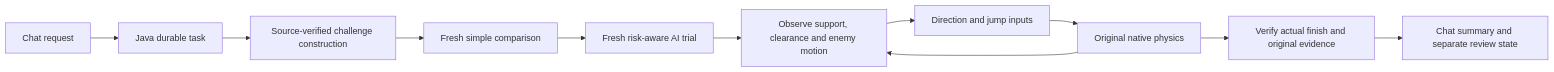
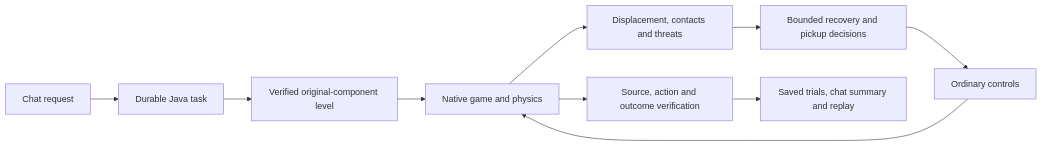
The diagram in README.md (eyeoverthink/Fraynix-Agent-Workspace), drawn with Mermaid before and after one commit. The commit also changed other lines of this file and 846 other files, not shown here.

Commit message:
Document edition 119 contact recovery, bounded pickup reconsideration and retained verification with actual evidence

````diff
--- a/README.md
+++ b/README.md
@@ -87,13 +82,12 @@
 ```mermaid
 flowchart LR
-    C[Chat request] --> J[Java durable task]
-    J --> B[Source-verified challenge construction]
-    B --> S[Fresh simple comparison]
-    S --> A[Fresh risk-aware AI trial]
-    A --> O[Observe support, clearance and enemy motion]
-    O --> I[Direction and jump inputs]
-    I --> P[Original native physics]
-    P --> O
-    P --> V[Verify actual finish and original evidence]
-    V --> R[Chat summary and separate review state]
+    Request[Chat request] --> Task[Durable Java task]
+    Task --> Scene[Verified original-component level]
+    Scene --> Runtime[Native game and physics]
+    Runtime --> Observe[Displacement, contacts and threats]
+    Observe --> Decide[Bounded recovery and pickup decisions]
+    Decide --> Input[Ordinary controls]
+    Input --> Runtime
+    Runtime --> Verify[Source, action and outcome verification]
+    Verify --> History[Saved trials, chat summary and replay]
 ```
````
